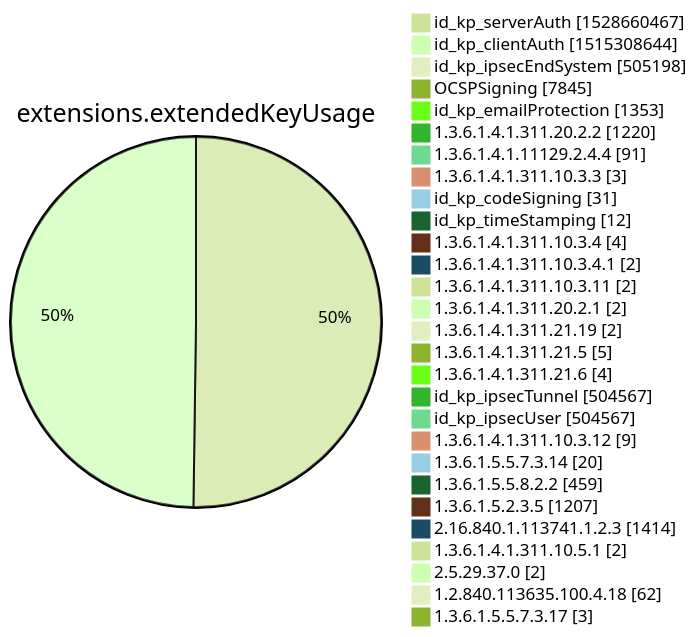
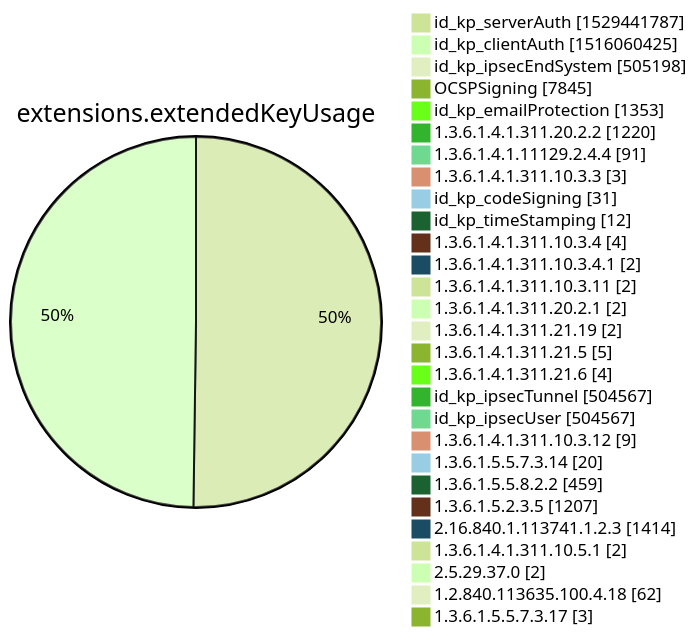
Before and after one commit to christiankrug/ctmonitor_visualization: diagram 12 of 15 in xenon2022/README.md, drawn with Mermaid (forest theme). The commit also changed other lines of this file, not shown here.

````diff
--- a/xenon2022/README.md
+++ b/xenon2022/README.md
@@ -3878,32 +3878,32 @@
 ```mermaid
 pie showData
 title extensions.extendedKeyUsage
-"id_kp_serverAuth" :1528660467
-"id_kp_clientAuth" :1515308644
+"id_kp_serverAuth" :1529441787
+"id_kp_clientAuth" :1516060425
 "id_kp_ipsecEndSystem" :505198
 "OCSPSigning" :7845
 "id_kp_emailProtection" :1353
 "1.3.6.1.4.1.311.20.2.2" :1220
 "1.3.6.1.4.1.11129.2.4.4" :91
 "1.3.6.1.4.1.311.10.3.3" :3
 "id_kp_codeSigning" :31
 "id_kp_timeStamping" :12
 "1.3.6.1.4.1.311.10.3.4" :4
 "1.3.6.1.4.1.311.10.3.4.1" :2
 "1.3.6.1.4.1.311.10.3.11" :2
 "1.3.6.1.4.1.311.20.2.1" :2
 "1.3.6.1.4.1.311.21.19" :2
 "1.3.6.1.4.1.311.21.5" :5
 "1.3.6.1.4.1.311.21.6" :4
 "id_kp_ipsecTunnel" :504567
 "id_kp_ipsecUser" :504567
 "1.3.6.1.4.1.311.10.3.12" :9
 "1.3.6.1.5.5.7.3.14" :20
 "1.3.6.1.5.5.8.2.2" :459
 "1.3.6.1.5.2.3.5" :1207
 "2.16.840.1.113741.1.2.3" :1414
 "1.3.6.1.4.1.311.10.5.1" :2
 "2.5.29.37.0" :2
 "1.2.840.113635.100.4.18" :62
 "1.3.6.1.5.5.7.3.17" :3
 ```
````
